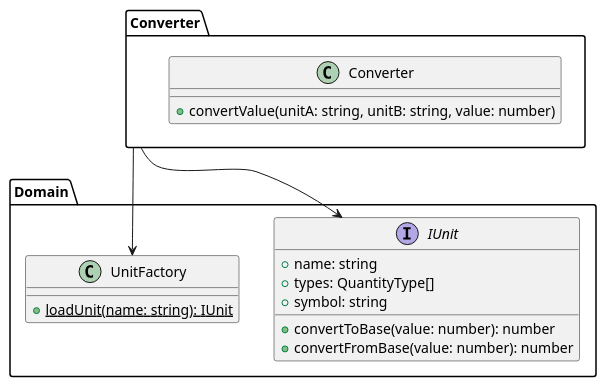
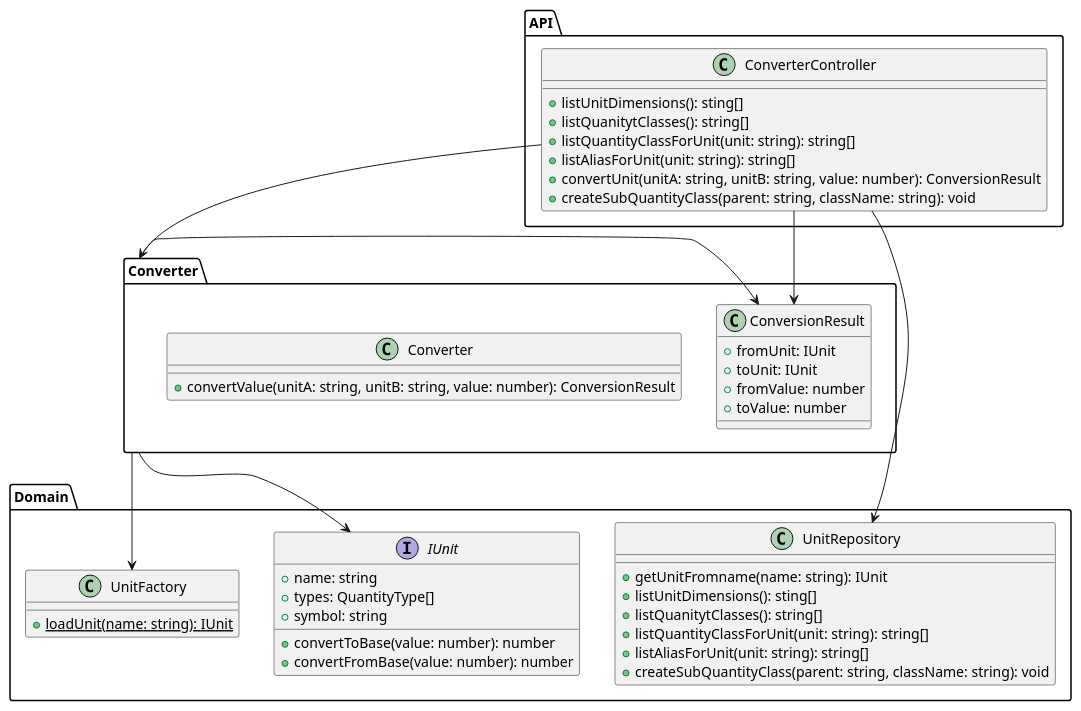
Before and after one commit to heig-vkaelin/ikt300-project: the diagram in docs/uml-class-converter.plantuml, drawn with PlantUML. The commit also changed 3 other files, not shown here.

Commit message:
Add method for UnitRepository

```diff
--- a/docs/uml-class-converter.plantuml
+++ b/docs/uml-class-converter.plantuml
@@ -1,25 +1,55 @@
 @startuml uml-class-converter
+
+package "API" {
+  class ConverterController {
+    + listUnitDimensions(): sting[]
+    + listQuanitytClasses(): string[]
+    + listQuantityClassForUnit(unit: string): string[]
+    + listAliasForUnit(unit: string): string[]
+    + convertUnit(unitA: string, unitB: string, value: number): ConversionResult
+    + createSubQuantityClass(parent: string, className: string): void
+  }
+}
 
 package "Converter" {
   class Converter {
-    + convertValue(unitA: string, unitB: string, value: number)
+    + convertValue(unitA: string, unitB: string, value: number): ConversionResult
+  }
+
+  class ConversionResult {
+    + fromUnit: IUnit
+    + toUnit: IUnit
+    + fromValue: number
+    + toValue: number
   }
 }
 
 package "Domain" {
   interface IUnit {
     + name: string
     + types: QuantityType[]
     + symbol: string
     + convertToBase(value: number): number
     + convertFromBase(value: number): number
   }
   class UnitFactory {
     + {static} loadUnit(name: string): IUnit
   }
+  class UnitRepository {
+    + getUnitFromname(name: string): IUnit
+    + listUnitDimensions(): sting[]
+    + listQuanitytClasses(): string[]
+    + listQuantityClassForUnit(unit: string): string[]
+    + listAliasForUnit(unit: string): string[]
+    + createSubQuantityClass(parent: string, className: string): void
+  }
 }
 
+ConverterController --> Converter
+ConverterController --> ConversionResult
+ConverterController --> UnitRepository
+Converter -LEFT-> ConversionResult
 Converter --> IUnit
 Converter --> UnitFactory
 
 @enduml
```
